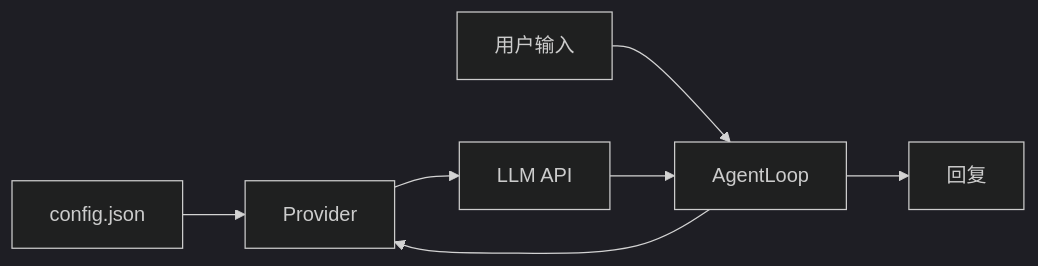
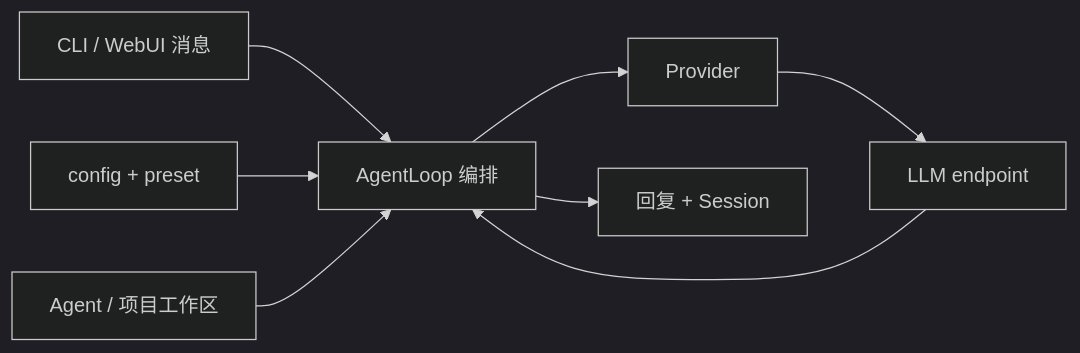
One commit to sine-io/byte-of-nanobot changed the second of 2 diagrams in docs/zh-cn/zero/01-quick-start.md. Above: the diagram before and after it, drawn with Mermaid (dark theme). The commit also changed other lines of this file and 3 other files, not shown here.

````diff
--- a/docs/zh-cn/zero/01-quick-start.md
+++ b/docs/zh-cn/zero/01-quick-start.md
@@ -351,9 +218,10 @@
 ```mermaid
 flowchart LR
-    config[config.json] --> provider[Provider]
-    provider --> llm[LLM API]
-    user[用户输入] --> loop[AgentLoop]
-    loop --> provider
-    llm --> loop
-    loop --> response[回复]
+    input[CLI / WebUI 消息] --> loop[AgentLoop 编排]
+    config[config + preset] --> loop
+    workspace[Agent / 项目工作区] --> loop
+    loop --> provider[Provider]
+    provider --> model[LLM endpoint]
+    model --> loop
+    loop --> output[回复 + Session]
 ```
````
